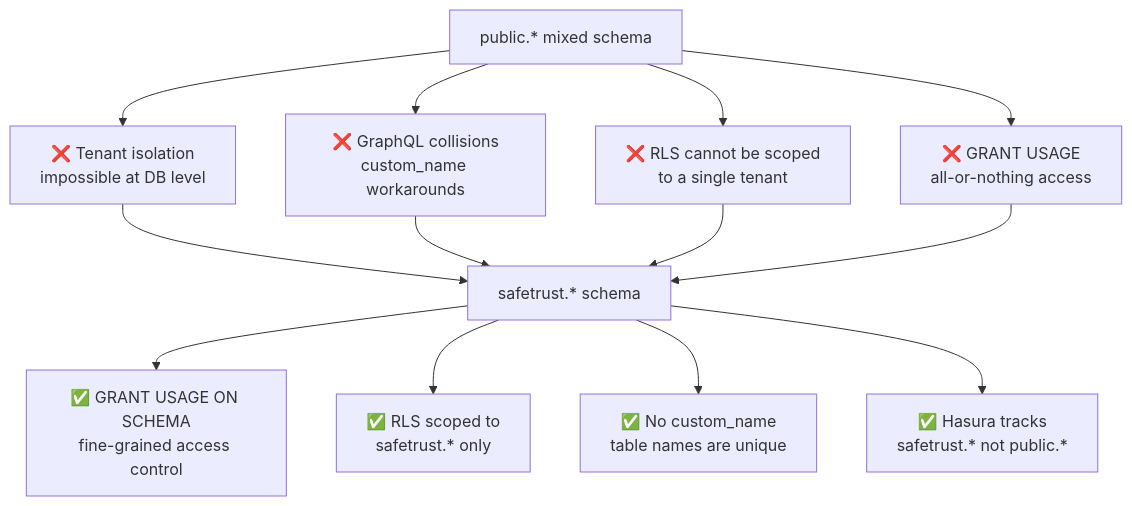
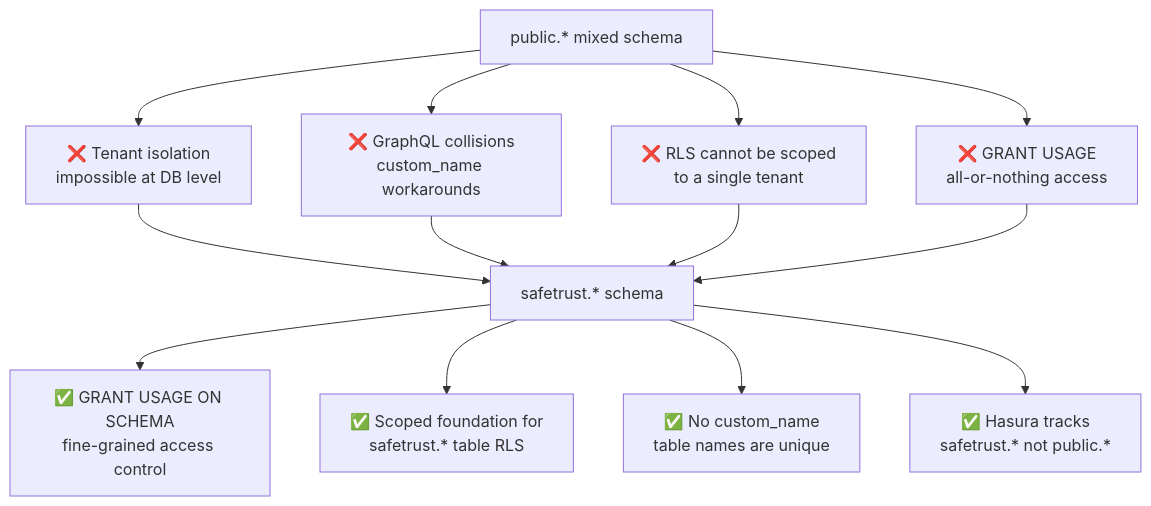
Before and after one commit to safetrustcr/backend-SafeTrust: the second of 6 diagrams in docs/migrations/safetrust-schema-migration.md, drawn with Mermaid. The commit also changed other lines of this file, not shown here.

Commit message:
docs(migrations): address review feedback on architecture documentation

````diff
--- a/docs/migrations/safetrust-schema-migration.md
+++ b/docs/migrations/safetrust-schema-migration.md
@@ -75,16 +78,16 @@
 ```mermaid
 flowchart TD
     OLD[public.* mixed schema]
     OLD --> P1[❌ Tenant isolation\nimpossible at DB level]
     OLD --> P2[❌ GraphQL collisions\ncustom_name workarounds]
     OLD --> P3[❌ RLS cannot be scoped\nto a single tenant]
     OLD --> P4[❌ GRANT USAGE\nall-or-nothing access]
     P1 --> FIX[safetrust.* schema]
     P2 --> FIX
     P3 --> FIX
     P4 --> FIX
     FIX --> R1[✅ GRANT USAGE ON SCHEMA\nfine-grained access control]
-    FIX --> R2[✅ RLS scoped to\nsafetrust.* only]
+    FIX --> R2[✅ Scoped foundation for\nsafetrust.* table RLS]
     FIX --> R3[✅ No custom_name\ntable names are unique]
     FIX --> R4[✅ Hasura tracks\nsafetrust.* not public.*]
 ```
````
